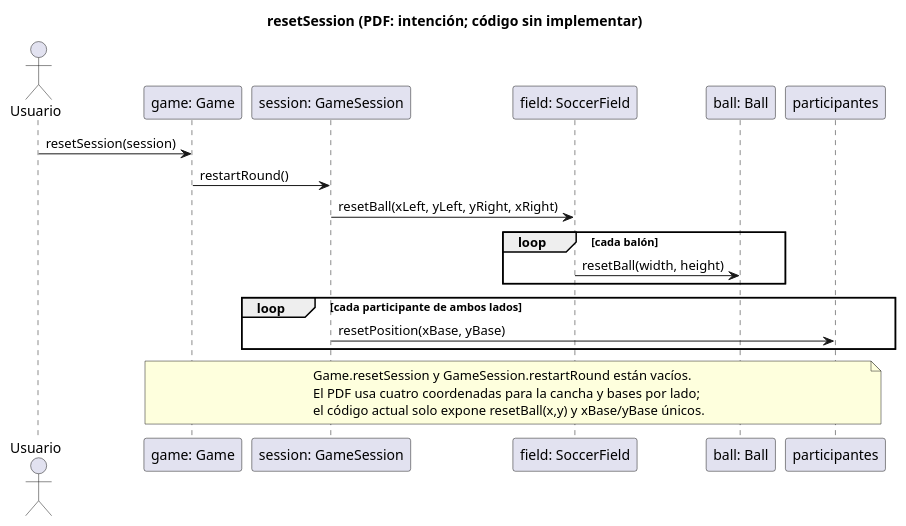
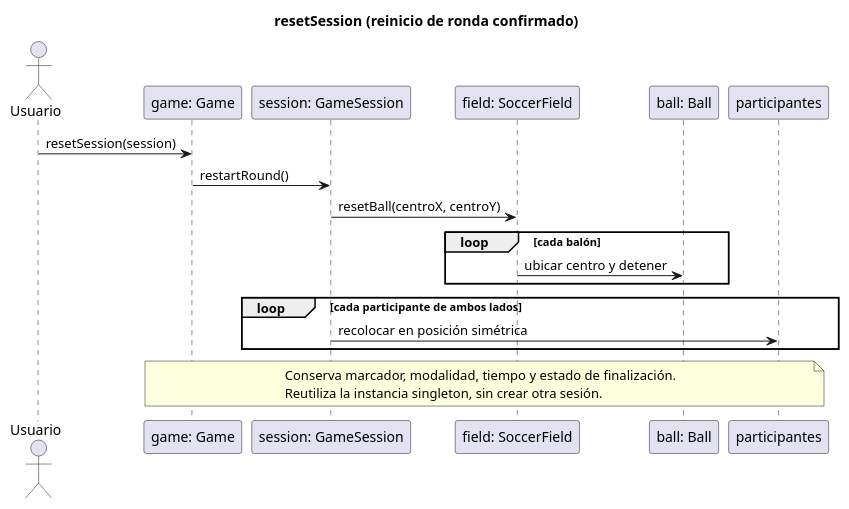
The eighth of 9 diagrams in docs/uml/domain-sequences.puml (PaglkG/ProyectoFinal-Dopo), drawn with PlantUML before and after one commit. The commit also changed other lines of this file and 56 other files, not shown here.

Commit message:
agragando los sprites, patron de diseño singleton a la clase gamesession y una facha de coliciones a la cancha

```diff
--- a/docs/uml/domain-sequences.puml
+++ b/docs/uml/domain-sequences.puml
@@ -158,23 +166,22 @@
 @startuml
-title resetSession (PDF: intención; código sin implementar)
+title resetSession (reinicio de ronda confirmado)
 actor Usuario
 participant "game: Game" as G
 participant "session: GameSession" as S
 participant "field: SoccerField" as F
 participant "ball: Ball" as B
 participant "participantes" as P
 Usuario -> G: resetSession(session)
 G -> S: restartRound()
-S -> F: resetBall(xLeft, yLeft, yRight, xRight)
+S -> F: resetBall(centroX, centroY)
 loop cada balón
-  F -> B: resetBall(width, height)
+  F -> B: ubicar centro y detener
 end
 loop cada participante de ambos lados
-  S -> P: resetPosition(xBase, yBase)
+  S -> P: recolocar en posición simétrica
 end
 note over G,P
-  Game.resetSession y GameSession.restartRound están vacíos.
-  El PDF usa cuatro coordenadas para la cancha y bases por lado;
-  el código actual solo expone resetBall(x,y) y xBase/yBase únicos.
+  Conserva marcador, modalidad, tiempo y estado de finalización.
+  Reutiliza la instancia singleton, sin crear otra sesión.
 end note
 @enduml
```
